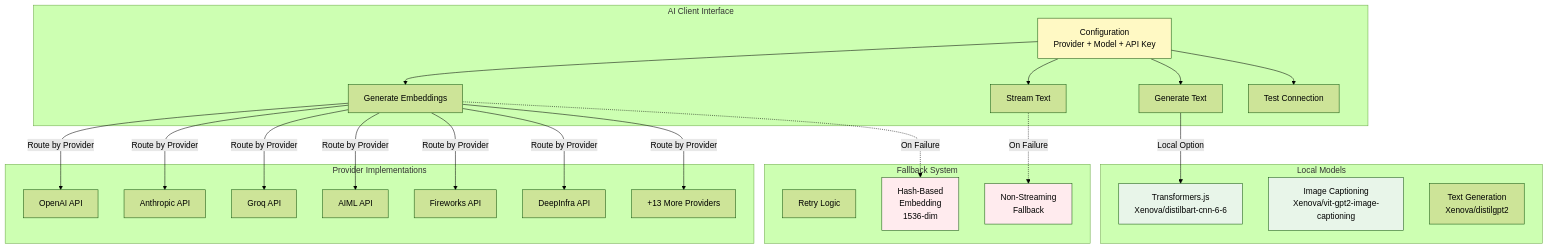
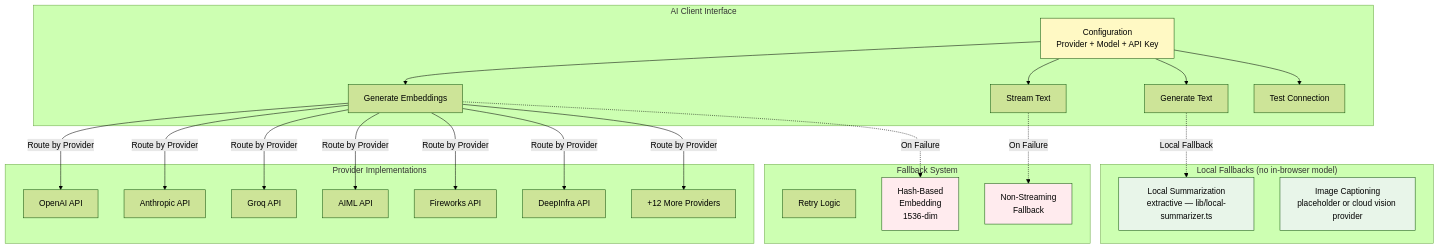
The fourth of 14 diagrams in docs/ARCHITECTURE_FLOWS.md (Kedhareswer/QuantumPDF_ChatApp_VectorDB), drawn with Mermaid (forest theme) before and after one commit. The commit also changed other lines of this file and 15 other files, not shown here.

First line of the commit message:
docs: reconcile all docs with the liteparse architecture; remove dead files

````diff
--- a/docs/ARCHITECTURE_FLOWS.md
+++ b/docs/ARCHITECTURE_FLOWS.md
@@ -208,55 +205,54 @@
 ```mermaid
 graph TB
     subgraph "AI Client Interface"
         CONFIG[Configuration<br/>Provider + Model + API Key]
         GEN[Generate Embeddings]
         CHAT[Generate Text]
         STREAM[Stream Text]
         TEST[Test Connection]
     end
 
     subgraph "Provider Implementations"
         OAI[OpenAI API]
         ANT[Anthropic API]
         GROQ[Groq API]
         AIML[AIML API]
         FW[Fireworks API]
         DI[DeepInfra API]
-        OTHERS[+13 More Providers]
+        OTHERS[+12 More Providers]
     end
 
-    subgraph "Local Models"
-        TFJS[Transformers.js<br/>Xenova/distilbart-cnn-6-6]
-        CAPTION[Image Captioning<br/>Xenova/vit-gpt2-image-captioning]
-        TEXTGEN[Text Generation<br/>Xenova/distilgpt2]
+    subgraph "Local Fallbacks (no in-browser model)"
+        SUMM[Local Summarization<br/>extractive — lib/local-summarizer.ts]
+        CAPTION[Image Captioning<br/>placeholder or cloud vision provider]
     end
 
     subgraph "Fallback System"
         RETRY[Retry Logic]
         HASHEMB[Hash-Based<br/>Embedding<br/>1536-dim]
         NOSTREAM[Non-Streaming<br/>Fallback]
     end
 
     CONFIG --> GEN
     CONFIG --> CHAT
     CONFIG --> STREAM
     CONFIG --> TEST
 
     GEN -->|Route by Provider| OAI
     GEN -->|Route by Provider| ANT
     GEN -->|Route by Provider| GROQ
     GEN -->|Route by Provider| AIML
     GEN -->|Route by Provider| FW
     GEN -->|Route by Provider| DI
     GEN -->|Route by Provider| OTHERS
 
     GEN -.->|On Failure| HASHEMB
     STREAM -.->|On Failure| NOSTREAM
-    CHAT -->|Local Option| TFJS
+    CHAT -.->|Local Fallback| SUMM
 
     style CONFIG fill:#fff9c4
     style HASHEMB fill:#ffebee
     style NOSTREAM fill:#ffebee
-    style TFJS fill:#e8f5e9
+    style SUMM fill:#e8f5e9
     style CAPTION fill:#e8f5e9
 ```
````
